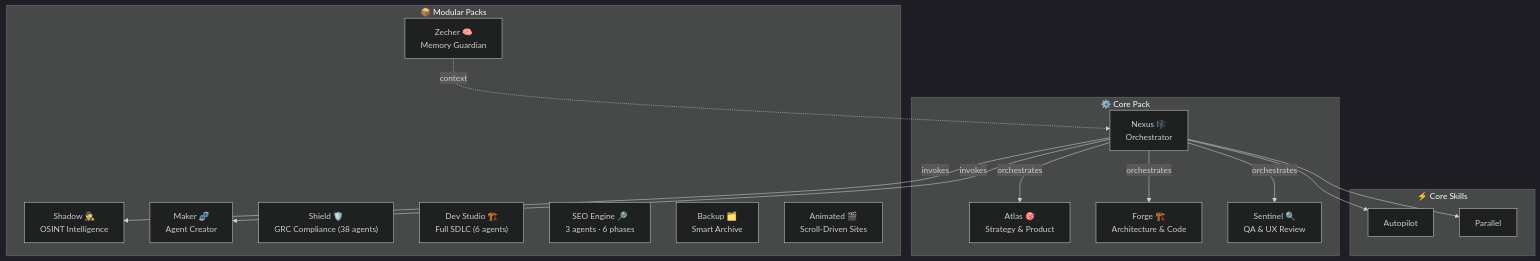
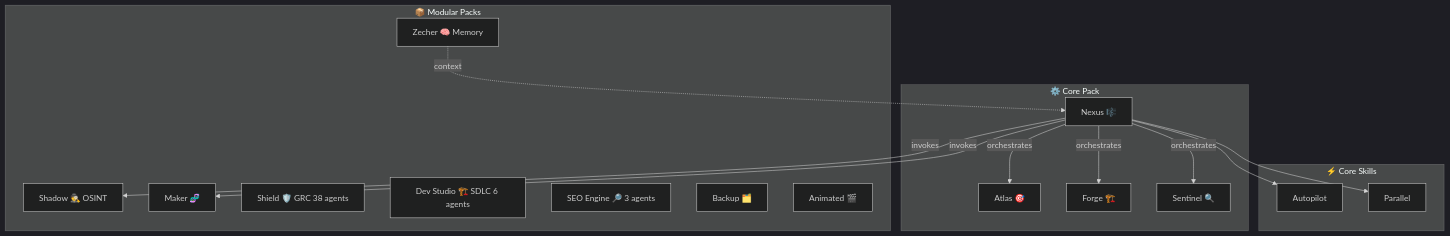
Before and after one commit to lrochetta/BMAD-PLUS: the diagram in README.md, drawn with Mermaid (dark theme). The commit also changed other lines of this file and 84 other files, not shown here.

````diff
--- a/README.md
+++ b/README.md
@@ -252,34 +203,34 @@
 ```mermaid
 graph TB
     subgraph Core["⚙️ Core Pack"]
-        AT["Atlas 🎯<br/>Strategy & Product"]
-        FG["Forge 🏗️<br/>Architecture & Code"]
-        SN["Sentinel 🔍<br/>QA & UX Review"]
-        NX["Nexus 🎼<br/>Orchestrator"]
+        AT["Atlas 🎯"]
+        FG["Forge 🏗️"]
+        SN["Sentinel 🔍"]
+        NX["Nexus 🎼"]
     end
 
     subgraph Packs["📦 Modular Packs"]
-        SH["Shadow 🕵️<br/>OSINT Intelligence"]
-        MK["Maker 🧬<br/>Agent Creator"]
-        ZC["Zecher 🧠<br/>Memory Guardian"]
-        SD["Shield 🛡️<br/>GRC Compliance (38 agents)"]
-        DS["Dev Studio 🏗️<br/>Full SDLC (6 agents)"]
-        SEO["SEO Engine 🔎<br/>3 agents · 6 phases"]
-        BK["Backup 🗂️<br/>Smart Archive"]
-        AN["Animated 🎬<br/>Scroll-Driven Sites"]
+        SH["Shadow 🕵️ OSINT"]
+        MK["Maker 🧬"]
+        ZC["Zecher 🧠 Memory"]
+        SD["Shield 🛡️ GRC 38 agents"]
+        DS["Dev Studio 🏗️ SDLC 6 agents"]
+        SEO["SEO Engine 🔎 3 agents"]
+        BK["Backup 🗂️"]
+        AN["Animated 🎬"]
     end
 
     subgraph Skills["⚡ Core Skills"]
         AP[Autopilot]
         PL[Parallel]
     end
 
     NX -->|orchestrates| AT
     NX -->|orchestrates| FG
     NX -->|orchestrates| SN
     NX -->|invokes| SH
     NX -->|invokes| MK
     NX --> AP
     NX --> PL
     ZC -.->|context| NX
 ```
````
